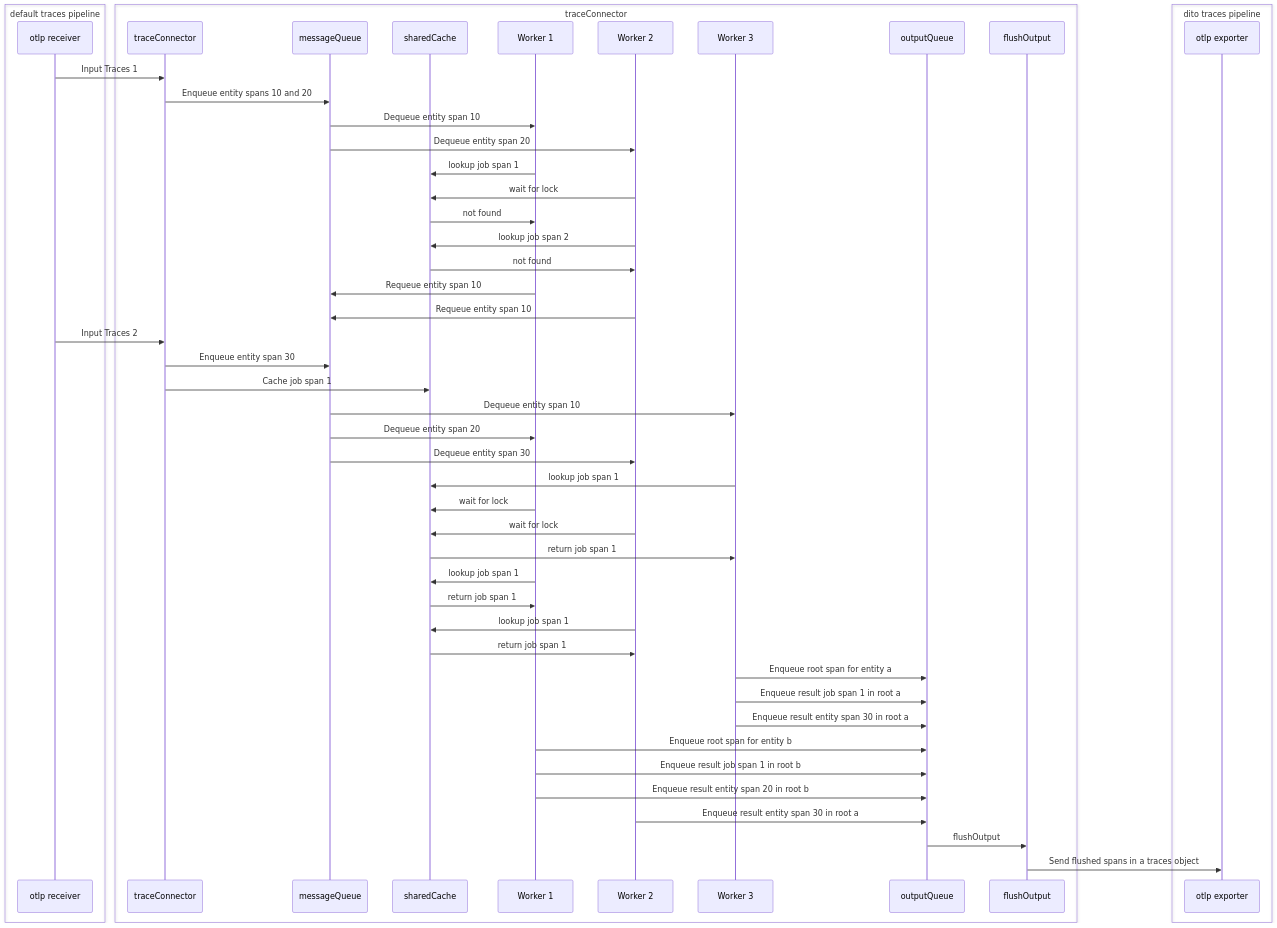
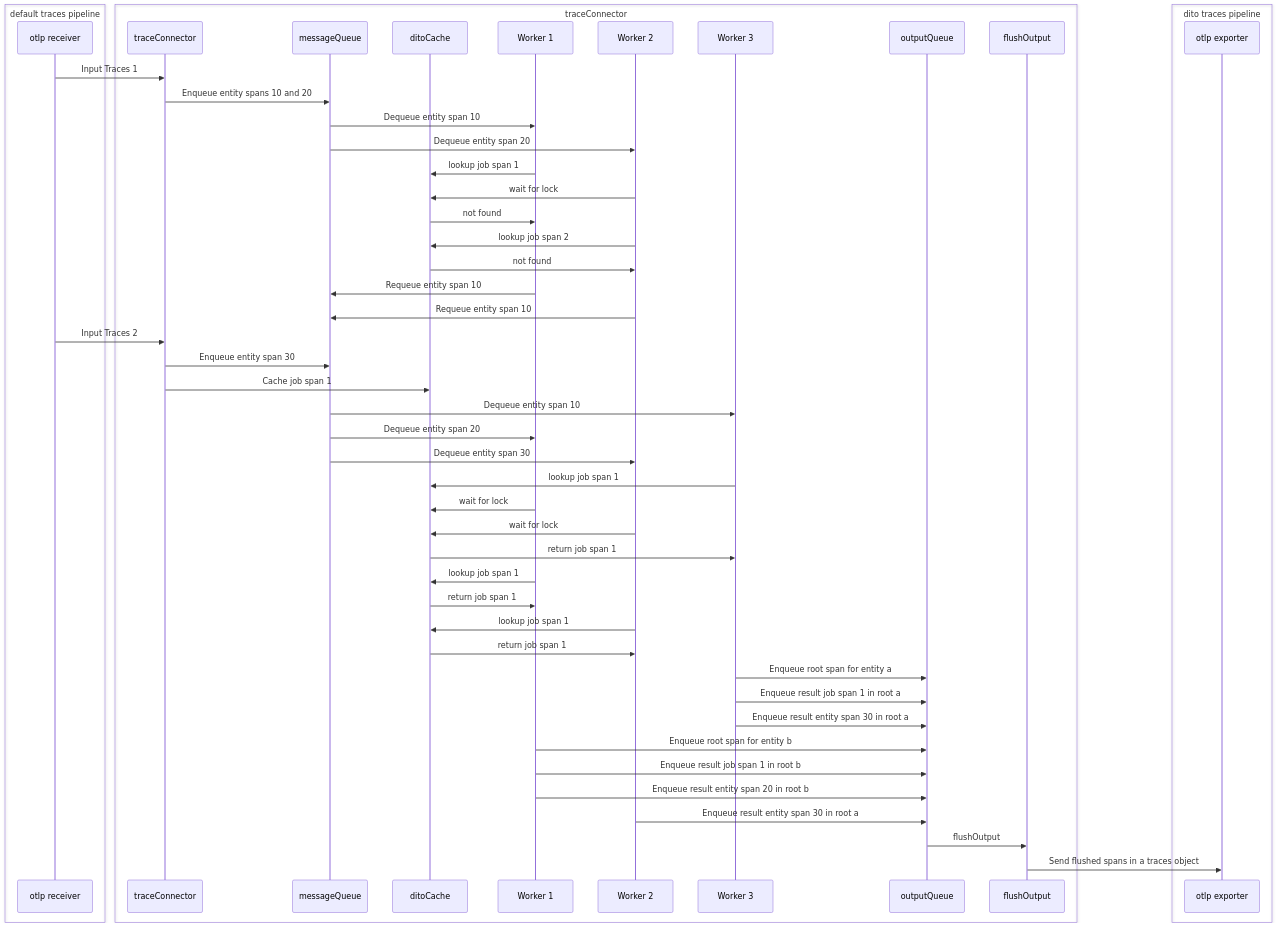
Before and after one commit to Xoechz/DITO: the diagram in ReadMe.md, drawn with Mermaid. The commit also changed other lines of this file and 3 other files, not shown here.

Commit message:
renamed shared cache

````diff
--- a/ReadMe.md
+++ b/ReadMe.md
@@ -180,59 +180,59 @@
 ```mermaid
 sequenceDiagram
 box default traces pipeline
 participant dr as otlp receiver
 end
 box traceConnector
 participant tc as traceConnector
 participant tm as messageQueue
-participant tsc as sharedCache
+participant tsc as ditoCache
 participant t1 as Worker 1
 participant t2 as Worker 2
 participant t3 as Worker 3
 participant to as outputQueue
 participant tf as flushOutput
 end
 box dito traces pipeline
 participant te as otlp exporter
 end
 
 dr->>tc: Input Traces 1
 tc->>tm: Enqueue entity spans 10 and 20
 tm->>t1: Dequeue entity span 10
 tm->>t2: Dequeue entity span 20
 t1->>tsc: lookup job span 1
 t2->>tsc: wait for lock
 tsc->>t1: not found
 t2->>tsc: lookup job span 2
 tsc->>t2: not found
 t1->>tm: Requeue entity span 10
 t2->>tm: Requeue entity span 10
 
 dr->>tc: Input Traces 2
 tc->>tm: Enqueue entity span 30
 tc->>tsc: Cache job span 1
 
 tm->>t3: Dequeue entity span 10
 tm->>t1: Dequeue entity span 20
 tm->>t2: Dequeue entity span 30
 t3->>tsc: lookup job span 1
 t1->>tsc: wait for lock
 t2->>tsc: wait for lock
 tsc->>t3: return job span 1
 t1->>tsc: lookup job span 1
 tsc->>t1: return job span 1
 t2->>tsc: lookup job span 1
 tsc->>t2: return job span 1
 
 t3->>to: Enqueue root span for entity a
 t3->>to: Enqueue result job span 1 in root a
 t3->>to: Enqueue result entity span 30 in root a
 
 t1->>to: Enqueue root span for entity b
 t1->>to: Enqueue result job span 1 in root b
 t1->>to: Enqueue result entity span 20 in root b
 
 t2->>to: Enqueue result entity span 30 in root a
 to->>tf: flushOutput
 tf->>te: Send flushed spans in a traces object
 ```
````
